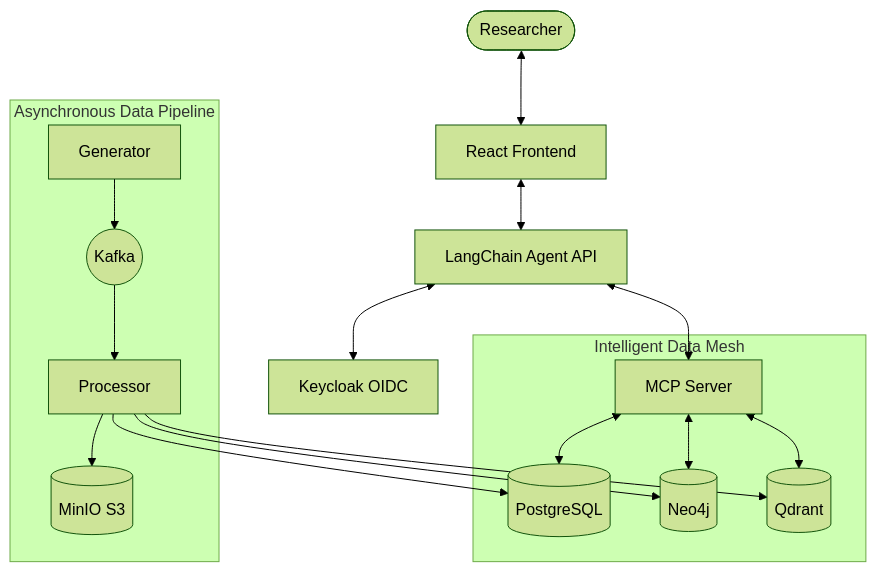
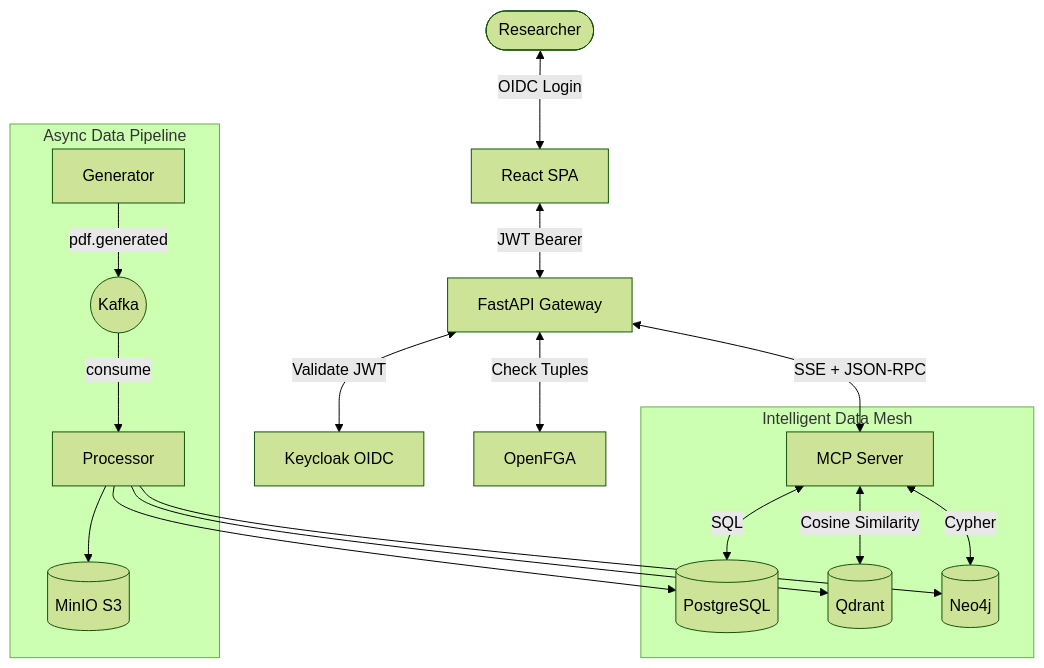
One commit to danirodao/clinical-trail-agentic-platform changed the first of 8 diagrams in README.md. Above: the diagram before and after it, drawn with Mermaid (forest theme). The commit also changed other lines of this file, not shown here.

````diff
--- a/README.md
+++ b/README.md
@@ -27,22 +39,23 @@
 ```mermaid
 graph TD
-    User([Researcher]) <--> Frontend[React Frontend]
-    Frontend <--> API[LangChain Agent API]
-    API <--> Keycloak[Keycloak OIDC]
-    API <--> MCP[MCP Server]
-    
+    User([Researcher]) <-->|OIDC Login| Frontend[React SPA]
+    Frontend <-->|JWT Bearer| API[FastAPI Gateway]
+    API <-->|Validate JWT| KC[Keycloak OIDC]
+    API <-->|Check Tuples| FGA[OpenFGA]
+    API <-->|SSE + JSON-RPC| MCP[MCP Server]
+
     subgraph "Intelligent Data Mesh"
-        MCP <--> PG[(PostgreSQL)]
-        MCP <--> Neo[(Neo4j)]
-        MCP <--> Qd[(Qdrant)]
+        MCP <-->|SQL| PG[(PostgreSQL)]
+        MCP <-->|Cosine Similarity| QD[(Qdrant)]
+        MCP <-->|Cypher| NEO[(Neo4j)]
     end
-    
-    subgraph "Asynchronous Data Pipeline"
-        Gen[Generator] --> Kafka((Kafka))
-        Kafka --> Proc[Processor]
-        Proc --> PG
-        Proc --> Qd
-        Proc --> Neo
-        Proc --> MinIO[(MinIO S3)]
+
+    subgraph "Async Data Pipeline"
+        GEN[Generator] -->|pdf.generated| KFK((Kafka))
+        KFK -->|consume| PROC[Processor]
+        PROC --> PG
+        PROC --> QD
+        PROC --> NEO
+        PROC --> MINIO[(MinIO S3)]
     end
 ```
````
